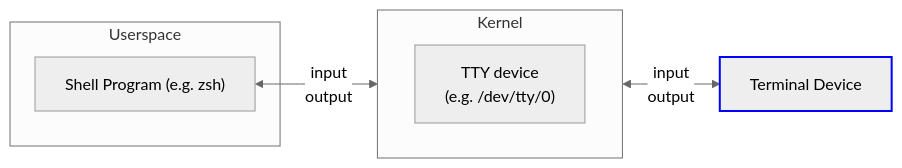
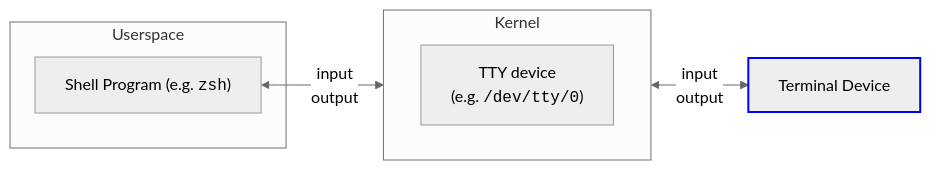
Before and after one commit to wezterm/wezterm: the first of 3 diagrams in docs/what-is-a-terminal.md, drawn with Mermaid (neutral theme). The commit also changed other lines of this file, not shown here.

Commit message:
chore: mermaid mistakes

````diff
--- a/docs/what-is-a-terminal.md
+++ b/docs/what-is-a-terminal.md
@@ -56,13 +56,13 @@
 ```mermaid
 flowchart LR
     subgraph Kernel
         direction LR
-        TTY["TTY device\n(e.g. /dev/tty/0)"] 
+        TTY["TTY device<br>(e.g. <code>/dev/tty/0</code>)"]
     end
     
     subgraph Userspace
-    SHELL["Shell Program (e.g. zsh)"] <-- "input\noutput" --> TTY
+    SHELL["Shell Program (e.g. <code>zsh</code>)"] <-- "input<br>output" --> TTY
     end
-    TTY  <-- "input\noutput" -->  TE["Terminal Device"]:::td
+    TTY  <-- "input<br>output" -->  TE["Terminal Device"]:::td
     classDef td stroke:#00F,stroke-width:2px
 ```
````
